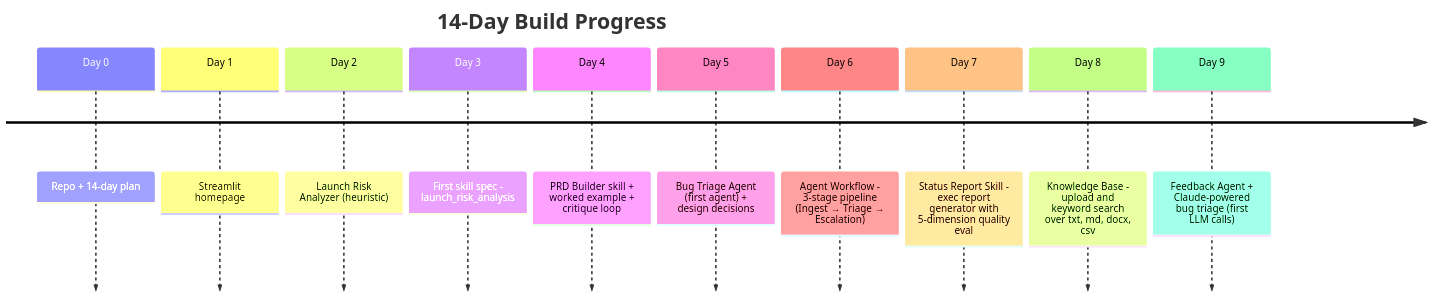
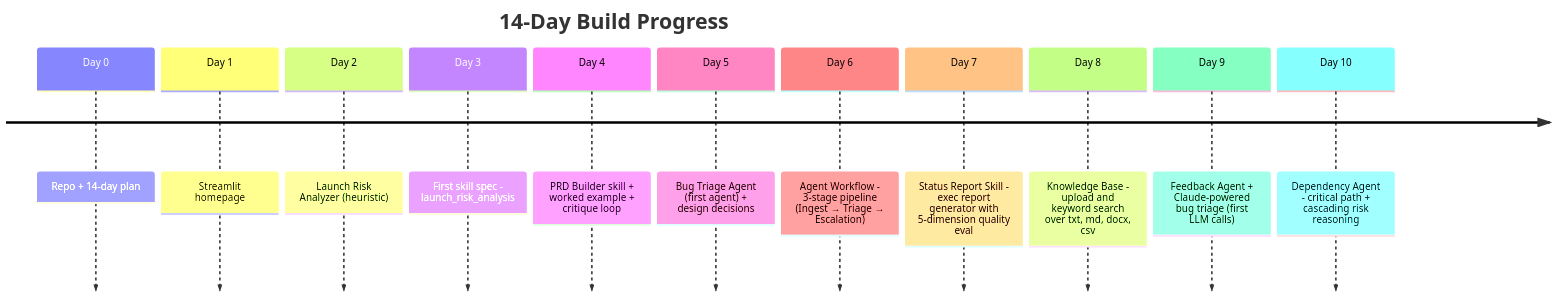
One commit to shwsingh/pm-tpm-ai-tools changed the first of 2 diagrams in README.md. Above: the diagram before and after it, drawn with Mermaid. The commit also changed other lines of this file and 5 other files, not shown here.

First line of the commit message:
Day 10 - Dependency Agent with Claude graph reasoning

````diff
--- a/README.md
+++ b/README.md
@@ -84,14 +84,15 @@
 ```mermaid
 timeline
     title 14-Day Build Progress
     Day 0  : Repo + 14-day plan
     Day 1  : Streamlit homepage
     Day 2  : Launch Risk Analyzer (heuristic)
     Day 3  : First skill spec - launch_risk_analysis
     Day 4  : PRD Builder skill + worked example + critique loop
     Day 5  : Bug Triage Agent (first agent) + design decisions
     Day 6  : Agent Workflow - 3-stage pipeline (Ingest → Triage → Escalation)
     Day 7  : Status Report Skill - exec report generator with 5-dimension quality eval
     Day 8  : Knowledge Base - upload and keyword search over txt, md, docx, csv
     Day 9  : Feedback Agent + Claude-powered bug triage (first LLM calls)
+    Day 10 : Dependency Agent - critical path + cascading risk reasoning
 ```
````
